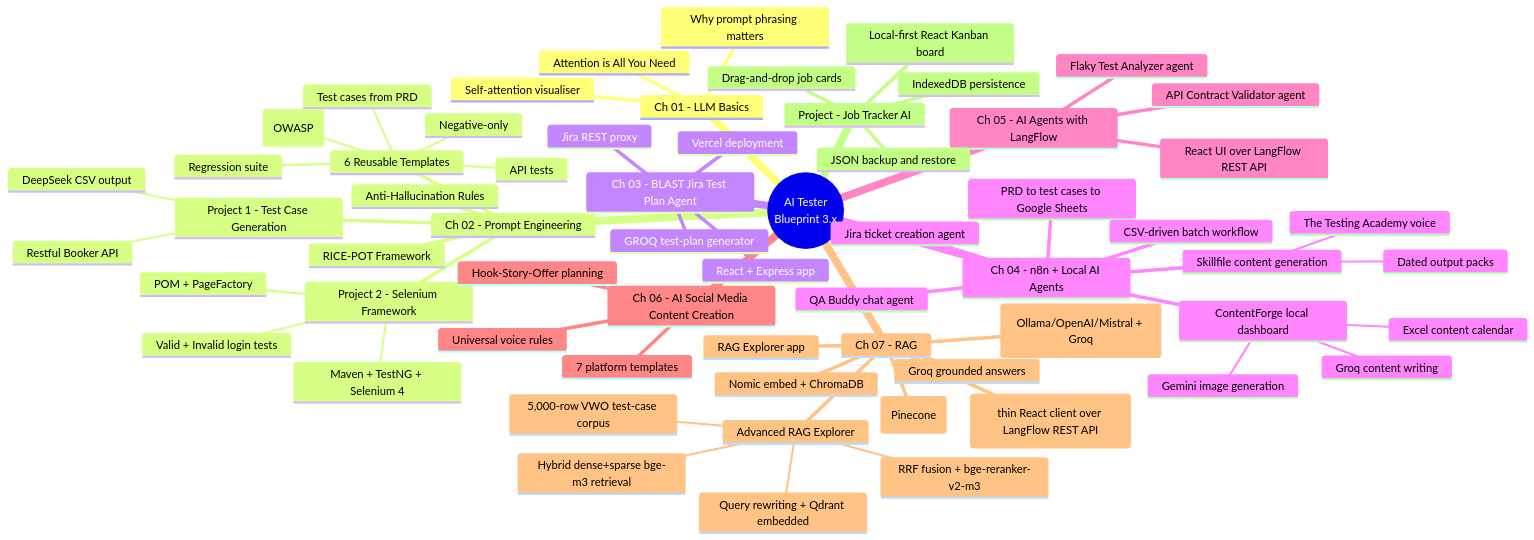
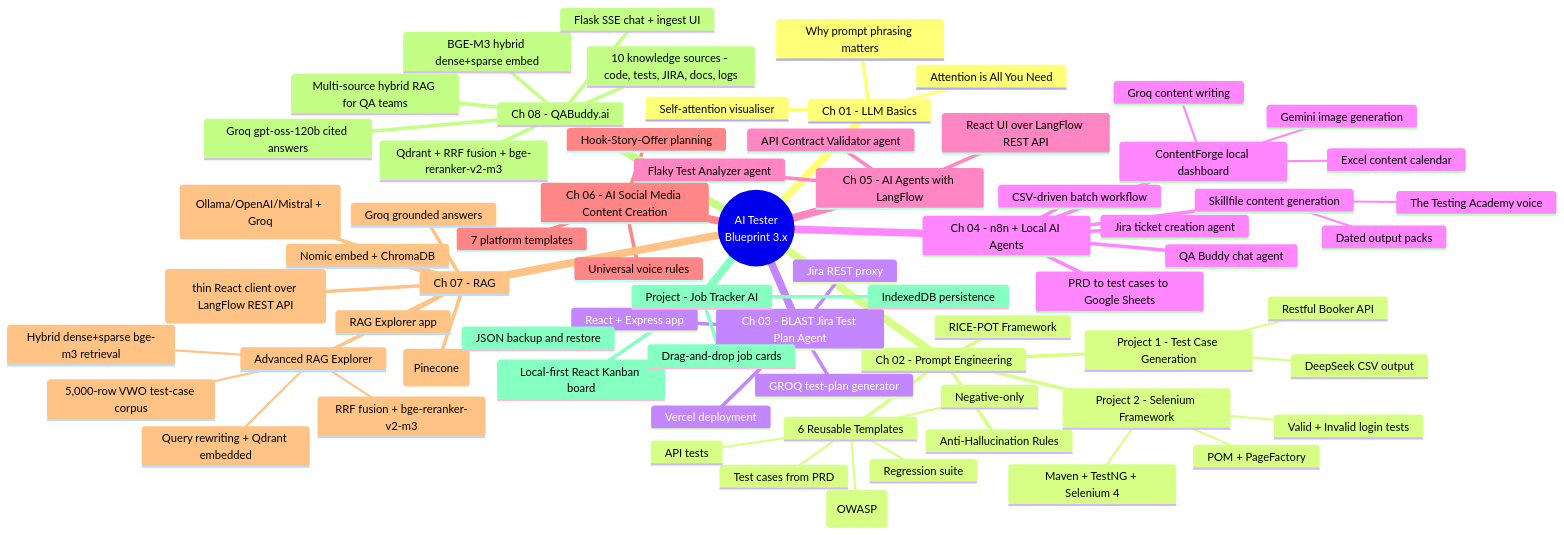
One commit to SathishQASelenium/AI3xBatch changed the first of 5 diagrams in README.md. Above: the diagram before and after it, drawn with Mermaid. The commit also changed other lines of this file and 75 other files, not shown here.

First line of the commit message:
Add chapter 08 QABuddy.ai multi-source hybrid RAG project

````diff
--- a/README.md
+++ b/README.md
@@ -14,66 +14,73 @@
 ```mermaid
 mindmap
   root((AI Tester<br/>Blueprint 3.x))
     Ch 01 - LLM Basics
       Attention is All You Need
       Self-attention visualiser
       Why prompt phrasing matters
     Ch 02 - Prompt Engineering
       Anti-Hallucination Rules
       RICE-POT Framework
       Project 1 - Test Case Generation
         Restful Booker API
         DeepSeek CSV output
       Project 2 - Selenium Framework
         Maven + TestNG + Selenium 4
         POM + PageFactory
         Valid + Invalid login tests
       6 Reusable Templates
         Test cases from PRD
         API tests
         Negative-only
         Security (OWASP)
         Regression suite
     Ch 03 - BLAST Jira Test Plan Agent
       React + Express app
       Jira REST proxy
       GROQ test-plan generator
       Vercel deployment
     Ch 04 - n8n + Local AI Agents
       QA Buddy chat agent
       Jira ticket creation agent
       PRD to test cases to Google Sheets
       CSV-driven batch workflow
       ContentForge local dashboard
         Groq content writing
         Gemini image generation
         Excel content calendar
       Skillfile content generation
         The Testing Academy voice
         Dated output packs
     Ch 05 - AI Agents with LangFlow
       Flaky Test Analyzer agent
       API Contract Validator agent
       React UI over LangFlow REST API
     Ch 06 - AI Social Media Content Creation
       Hook-Story-Offer planning
       7 platform templates
       Universal voice rules
     Ch 07 - RAG
       RAG Explorer app
       Nomic embed + ChromaDB
       Groq grounded answers
       n8n no-code variant (Pinecone)
       LangFlow no-code variant (Ollama/OpenAI/Mistral + Groq)
       LangFlow RAG Explorer chat UI (thin React client over LangFlow REST API)
       Advanced RAG Explorer
         Hybrid dense+sparse bge-m3 retrieval
         RRF fusion + bge-reranker-v2-m3
         Query rewriting + Qdrant embedded
         5,000-row VWO test-case corpus
+    Ch 08 - QABuddy.ai
+      Multi-source hybrid RAG for QA teams
+      10 knowledge sources - code, tests, JIRA, docs, logs
+      BGE-M3 hybrid dense+sparse embed
+      Qdrant + RRF fusion + bge-reranker-v2-m3
+      Flask SSE chat + ingest UI
+      Groq gpt-oss-120b cited answers
     Project - Job Tracker AI
       Local-first React Kanban board
       IndexedDB persistence
       Drag-and-drop job cards
       JSON backup and restore
 ```
````
